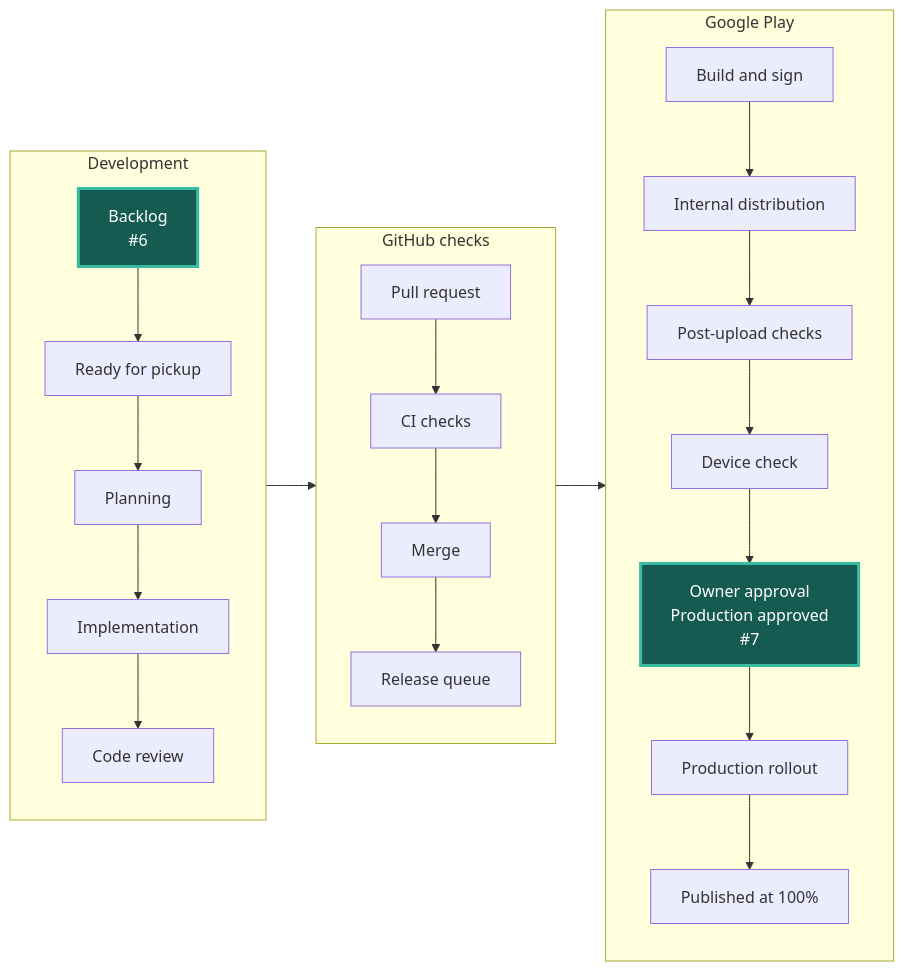
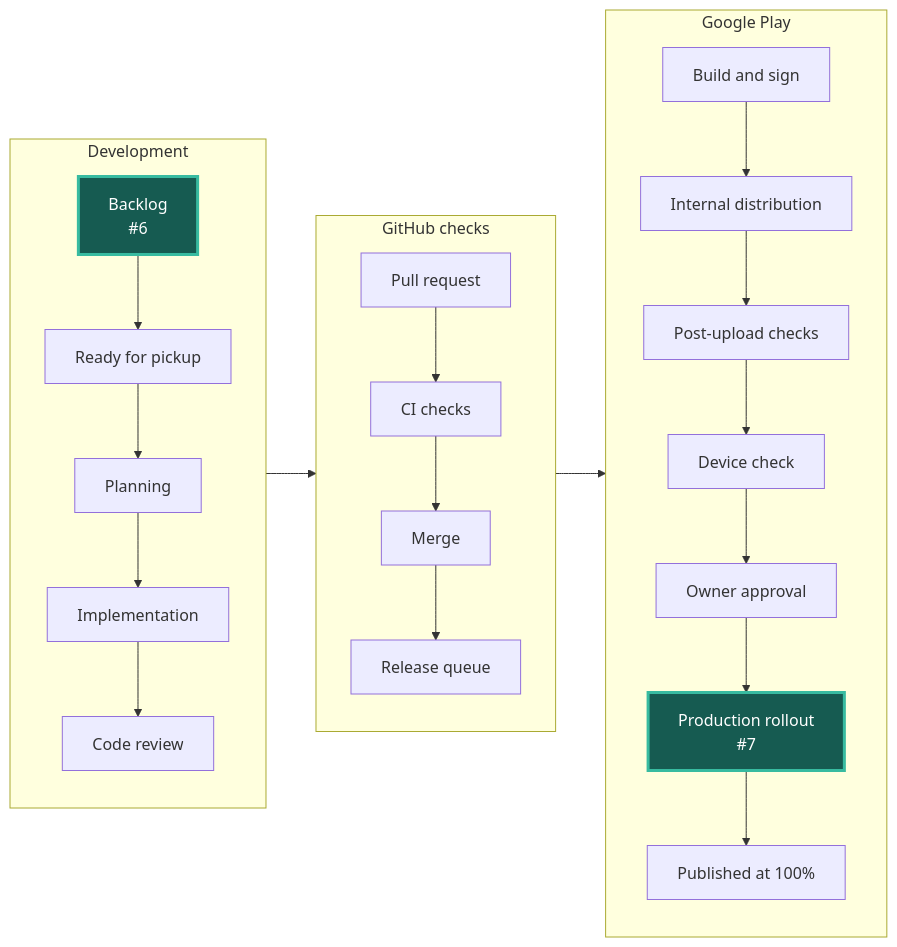
The diagram in STATUS.md (Oziomajnr/ChessTournamentManager), drawn with Mermaid before and after one commit. The commit also changed other lines of this file and 1 other file, not shown here.

Commit message:
Refresh issue delivery graph

````diff
--- a/STATUS.md
+++ b/STATUS.md
@@ -5,35 +5,35 @@
 ```mermaid
 flowchart LR
     accTitle: Current issue positions in the delivery workflow
     accDescr: Development flows into GitHub checks and Google Play. Each issue number appears at its current step.
     subgraph development["Development"]
         direction TB
         backlog["Backlog<br/>#6"]:::occupied
         ready["Ready for pickup"]
         plan["Planning"]
         code["Implementation"]
         review["Code review"]
         backlog --> ready --> plan --> code --> review
     end
     subgraph integration["GitHub checks"]
         direction TB
         pull["Pull request"]
         ci["CI checks"]
         merge["Merge"]
         queue["Release queue"]
         pull --> ci --> merge --> queue
     end
     subgraph distribution["Google Play"]
         direction TB
         build["Build and sign"]
         internal["Internal distribution"]
         reports["Post-upload checks"]
         device["Device check"]
-        approval["Owner approval<br/>Production approved<br/>#7"]:::occupied
-        rollout["Production rollout"]
+        approval["Owner approval"]
+        rollout["Production rollout<br/>#7"]:::occupied
         published["Published at 100%"]
         build --> internal --> reports --> device --> approval --> rollout --> published
     end
     development --> integration --> distribution
     classDef occupied fill:#165b51,color:#ffffff,stroke:#38bba0,stroke-width:3px
 ```
````
